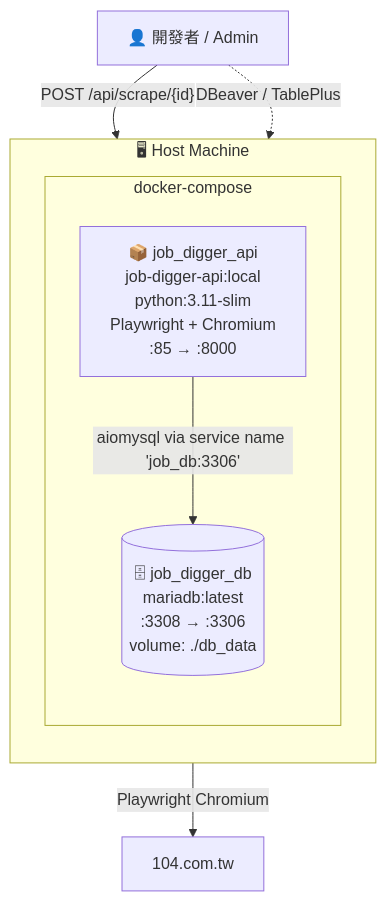
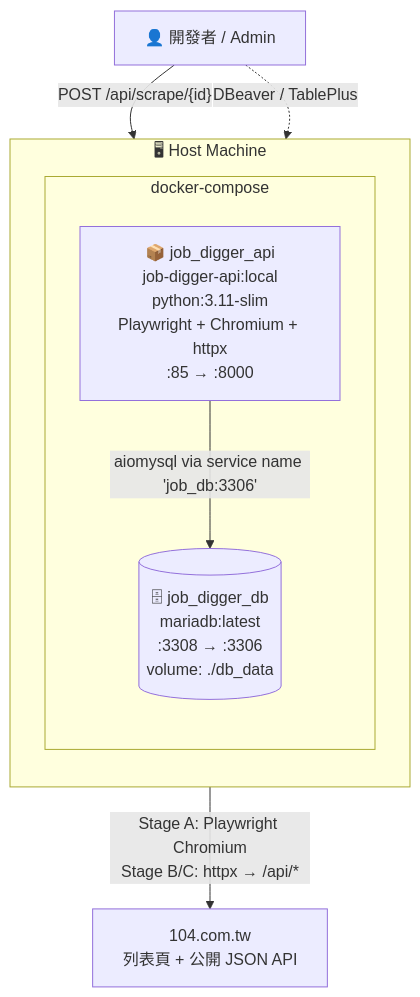
Before and after one commit to jacky0996/job_digger: the diagram in docs/deployment.md, drawn with Mermaid. The commit also changed other lines of this file and 14 other files, not shown here.

````diff
--- a/docs/deployment.md
+++ b/docs/deployment.md
@@ -11,24 +11,24 @@
 ```mermaid
 flowchart TB
     user["👤 開發者 / Admin"]
 
     subgraph host["🖥 Host Machine"]
         direction TB
 
         subgraph compose["docker-compose"]
             direction TB
 
-            api_box["📦 job_digger_api<br/>job-digger-api:local<br/>python:3.11-slim<br/>Playwright + Chromium<br/>:85 → :8000"]
+            api_box["📦 job_digger_api<br/>job-digger-api:local<br/>python:3.11-slim<br/>Playwright + Chromium + httpx<br/>:85 → :8000"]
 
             db[("🗄 job_digger_db<br/>mariadb:latest<br/>:3308 → :3306<br/>volume: ./db_data")]
 
             api_box -- "aiomysql via service name 'job_db:3306'" --> db
         end
     end
 
-    site104["104.com.tw"]
-    api_box -- "Playwright Chromium" --> site104
+    site104["104.com.tw<br/>列表頁 + 公開 JSON API"]
+    api_box -- "Stage A: Playwright Chromium<br/>Stage B/C: httpx → /api/*" --> site104
 
     user -- "POST /api/scrape/{id}" --> api_box
     user -. "DBeaver / TablePlus" .-> db
 ```
````
